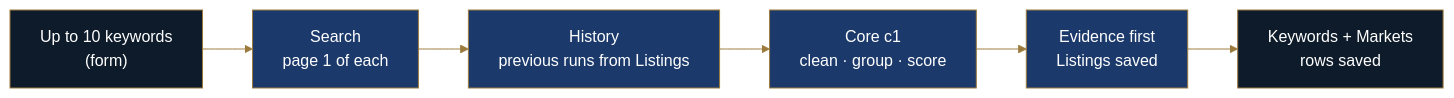
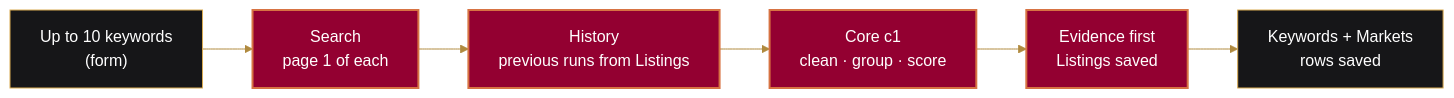
The diagram in i1-market-screener/README.md (Mohib-Ur-Rehman-automation/amazon-toolkit), drawn with Mermaid before and after one commit. The commit also changed 33 other files, not shown here.

````diff
--- a/i1-market-screener/README.md
+++ b/i1-market-screener/README.md
@@ -31,13 +31,13 @@
 ```mermaid
-%%{init: {'theme':'base','themeVariables':{'fontFamily':'Georgia, serif','lineColor':'#9C7A3C','textColor':'#1f2328','edgeLabelBackground':'#f7f5f2'}}}%%
+%%{init: {'theme':'base','themeVariables':{'fontFamily':'Georgia, serif','lineColor':'#B08A3E','textColor':'#1f2328','edgeLabelBackground':'#f7f5f2'}}}%%
 flowchart LR
   A["Up to 10 keywords<br/>(form)"] --> B["Search<br/>page 1 of each"]
   B --> C["History<br/>previous runs from Listings"]
   C --> D["Core c1<br/>clean · group · score"]
   D --> E["Evidence first<br/>Listings saved"]
   E --> F["Keywords + Markets<br/>rows saved"]
-  classDef step fill:#1B3A6B,stroke:#9C7A3C,color:#ffffff;
-  classDef io fill:#0D1B2A,stroke:#9C7A3C,color:#ffffff;
+  classDef step fill:#930031,stroke:#D77343,stroke-width:2px,color:#ffffff;
+  classDef io fill:#161618,stroke:#DAAC53,color:#ffffff;
   class A,F io;
   class B,C,D,E step;
 ```
````
